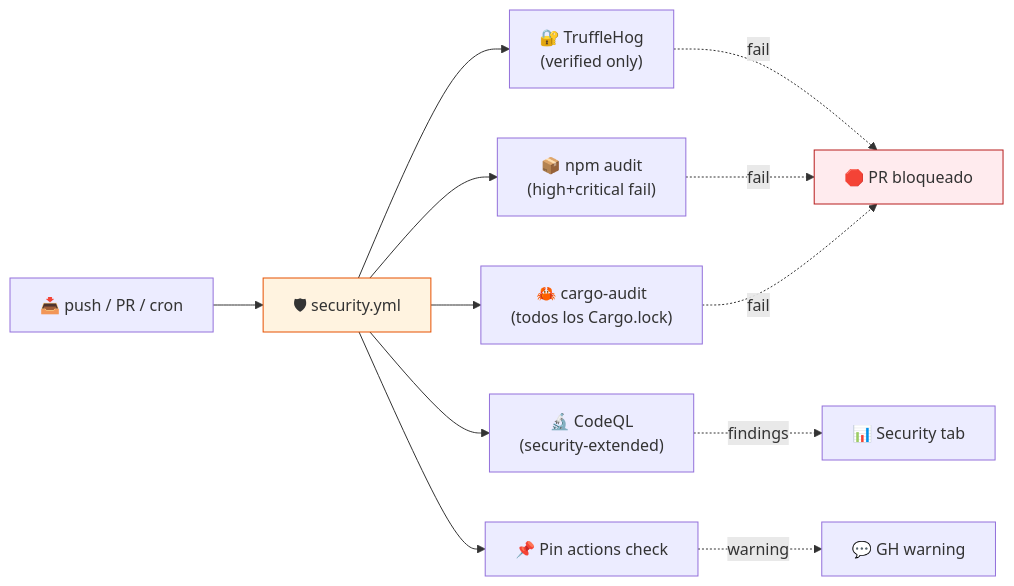
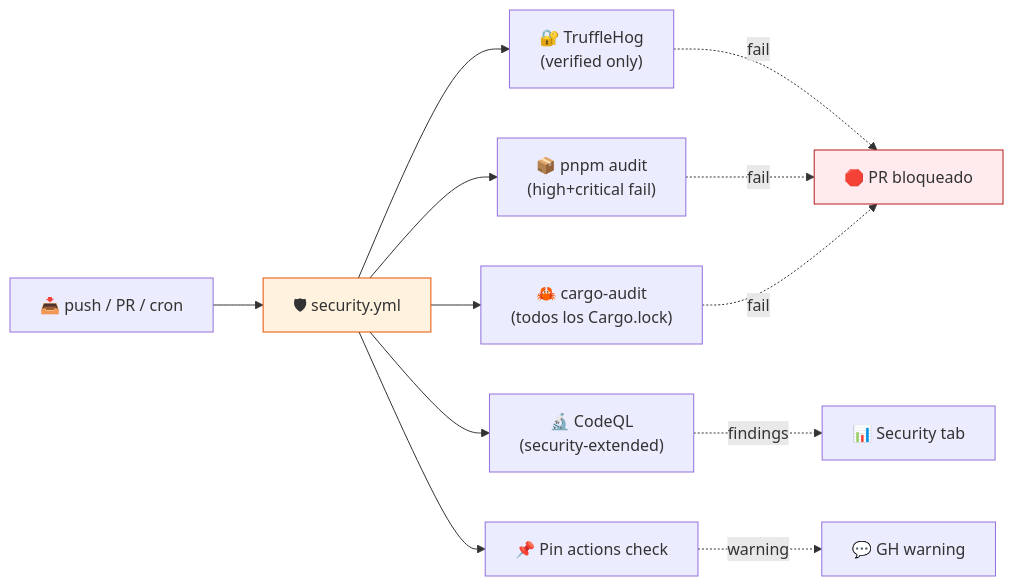
One commit to vladimiracunadev-create/chofyai-studio changed the diagram in docs/SECURITY_WORKFLOW.md. Above: the diagram before and after it, drawn with Mermaid. The commit also changed other lines of this file and 27 other files, not shown here.

First line of the commit message:
chore(security): migrate package manager from npm to pnpm

````diff
--- a/docs/SECURITY_WORKFLOW.md
+++ b/docs/SECURITY_WORKFLOW.md
@@ -13,17 +13,17 @@
 ```mermaid
 flowchart LR
     PR["📥 push / PR / cron"] --> Sec
     Sec["🛡 security.yml"] --> Secrets["🔐 TruffleHog<br/>(verified only)"]
-    Sec --> NPM["📦 npm audit<br/>(high+critical fail)"]
+    Sec --> NPM["📦 pnpm audit<br/>(high+critical fail)"]
     Sec --> Cargo["🦀 cargo-audit<br/>(todos los Cargo.lock)"]
     Sec --> CQL["🔬 CodeQL<br/>(security-extended)"]
     Sec --> Pin["📌 Pin actions check"]
     Pin -.warning.-> Slack["💬 GH warning"]
     Secrets -.fail.-> Block["🛑 PR bloqueado"]
     NPM -.fail.-> Block
     Cargo -.fail.-> Block
     CQL -.findings.-> Tab["📊 Security tab"]
 
     style Sec fill:#fff3e0,stroke:#e65100
     style Block fill:#ffebee,stroke:#b71c1c
 ```
````
